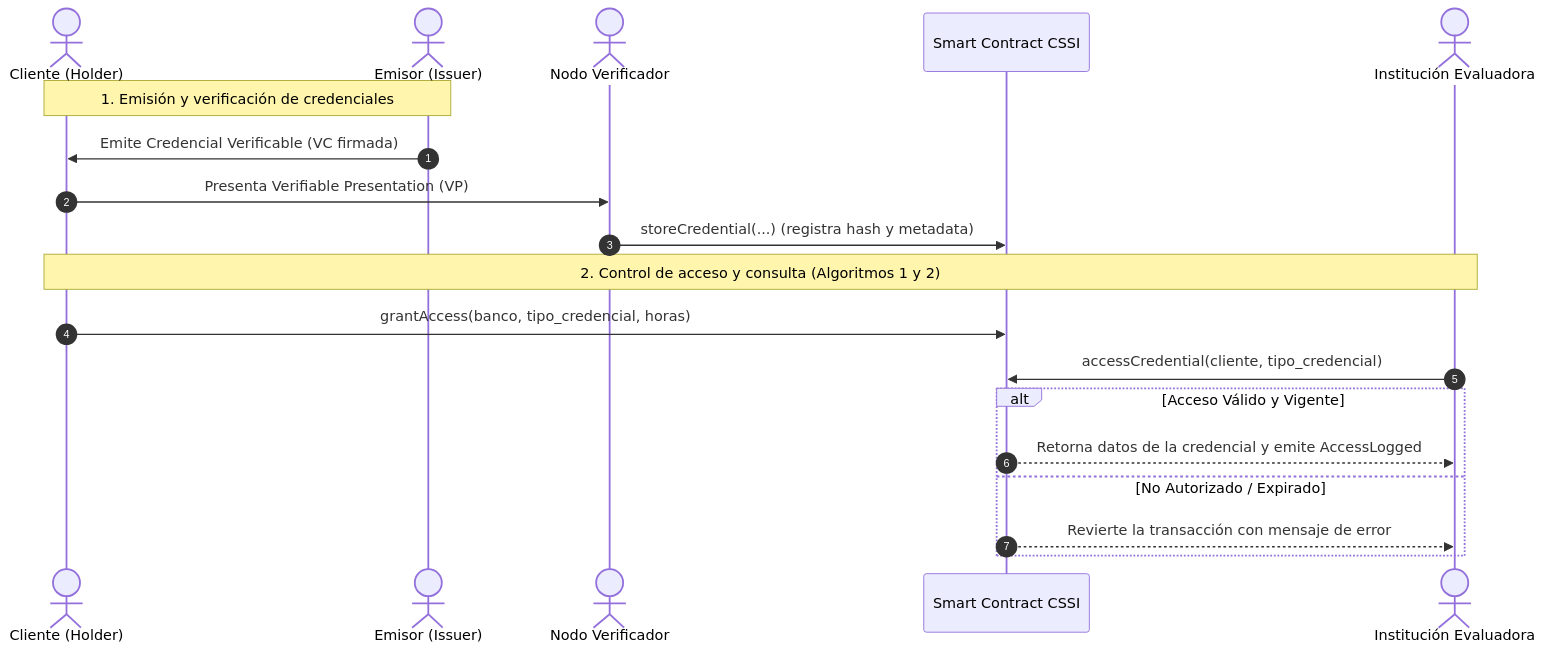
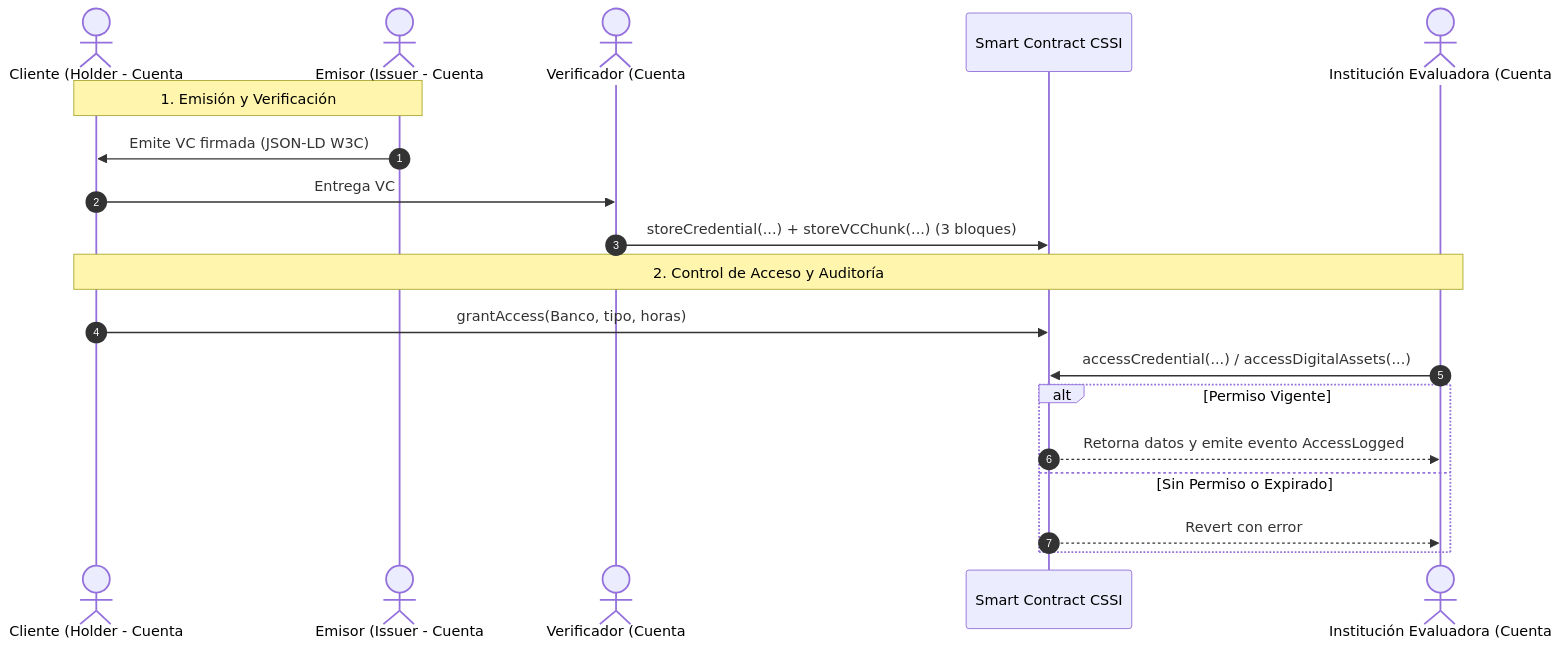
The diagram in README.md (Anhiielo/cssi), drawn with Mermaid before and after one commit. The commit also changed other lines of this file and 6 other files, not shown here.

Commit message:
feat: completar implementacion seccion 4 (emisor, verificador, fragmentos VC, activos digitales, auditoria)

````diff
--- a/README.md
+++ b/README.md
@@ -22,23 +42,23 @@
 ```mermaid
 sequenceDiagram
     autonumber
-    actor Cliente as Cliente (Holder)
-    actor BancoEmisor as Emisor (Issuer)
-    actor Verificador as Nodo Verificador
+    actor Cliente as Cliente (Holder - Cuenta #3)
+    actor Emisor as Emisor (Issuer - Cuenta #1)
+    actor Verificador as Verificador (Cuenta #2)
     participant Contrato as Smart Contract CSSI
-    actor BancoEvaluador as Institución Evaluadora
+    actor Banco as Institución Evaluadora (Cuenta #4)
 
-    Note over Cliente,BancoEmisor: 1. Emisión y verificación de credenciales
-    BancoEmisor->>Cliente: Emite Credencial Verificable (VC firmada)
-    Cliente->>Verificador: Presenta Verifiable Presentation (VP)
-    Verificador->>Contrato: storeCredential(...) (registra hash y metadata)
+    Note over Cliente,Emisor: 1. Emisión y Verificación
+    Emisor->>Cliente: Emite VC firmada (JSON-LD W3C)
+    Cliente->>Verificador: Entrega VC
+    Verificador->>Contrato: storeCredential(...) + storeVCChunk(...) (3 bloques)
 
-    Note over Cliente,BancoEvaluador: 2. Control de acceso y consulta (Algoritmos 1 y 2)
-    Cliente->>Contrato: grantAccess(banco, tipo_credencial, horas)
-    BancoEvaluador->>Contrato: accessCredential(cliente, tipo_credencial)
-    alt Acceso Válido y Vigente
-        Contrato-->>BancoEvaluador: Retorna datos de la credencial y emite AccessLogged
-    else No Autorizado / Expirado
-        Contrato-->>BancoEvaluador: Revierte la transacción con mensaje de error
+    Note over Cliente,Banco: 2. Control de Acceso y Auditoría
+    Cliente->>Contrato: grantAccess(Banco, tipo, horas)
+    Banco->>Contrato: accessCredential(...) / accessDigitalAssets(...)
+    alt Permiso Vigente
+        Contrato-->>Banco: Retorna datos y emite evento AccessLogged
+    else Sin Permiso o Expirado
+        Contrato-->>Banco: Revert con error
     end
 ```
````
